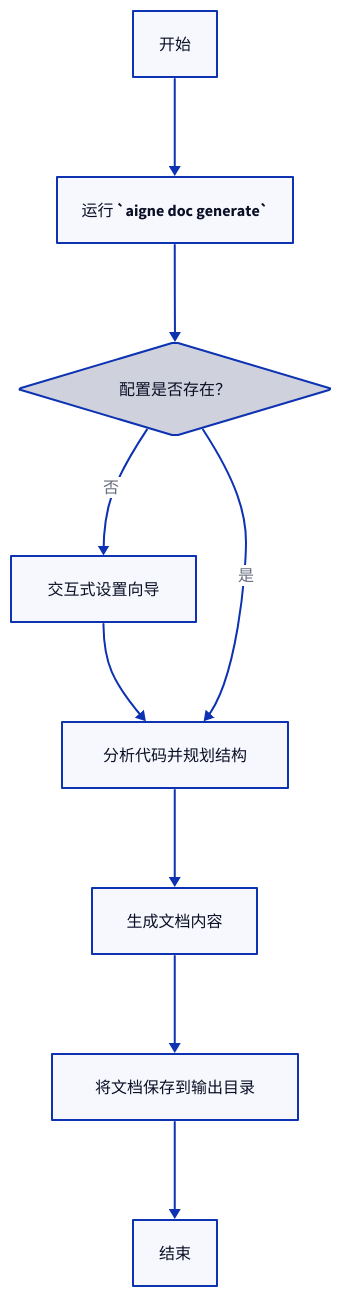
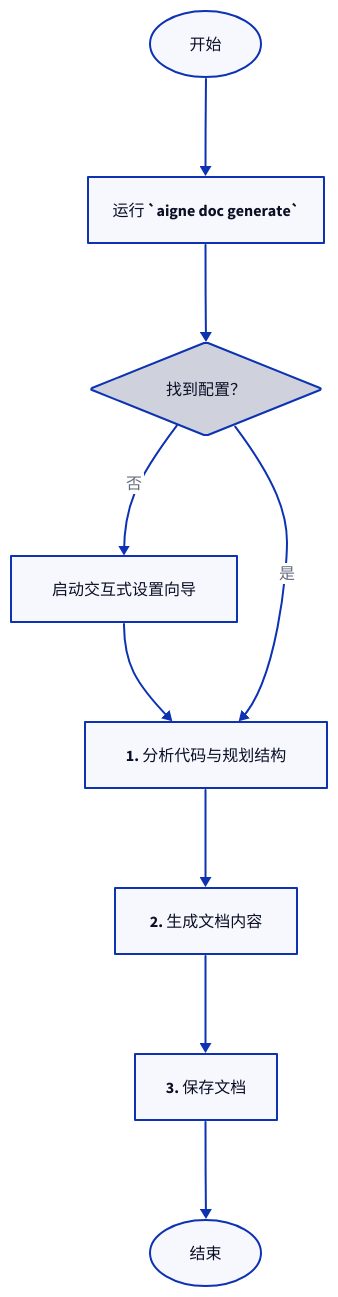
One commit to AIGNE-io/aigne-doc-smith changed the diagram in docs/features-generate-documentation.zh.md. Above: the diagram before and after it, drawn with D2. The commit also changed other lines of this file and 35 other files, not shown here.

````diff
--- a/docs/features-generate-documentation.zh.md
+++ b/docs/features-generate-documentation.zh.md
@@ -45,20 +45,44 @@
 ```d2
 direction: down
 
-start: "开始"
-run_cmd: "运行 `aigne doc generate`"
-check_config: "配置是否存在？" {
+start: "开始" {
+  shape: oval
+}
+
+run_cmd: "运行 `aigne doc generate`" {
+  shape: rectangle
+}
+
+check_config: "找到配置？" {
   shape: diamond
 }
-interactive_setup: "交互式设置向导"
-plan_structure: "分析代码并规划结构"
-gen_content: "生成文档内容"
-save_docs: "将文档保存到输出目录"
-end: "结束"
 
-start -> run_cmd -> check_config
+interactive_setup: "启动交互式设置向导" {
+  shape: rectangle
+}
+
+plan_structure: "1. 分析代码与规划结构" {
+  shape: rectangle
+}
+
+gen_content: "2. 生成文档内容" {
+  shape: rectangle
+}
+
+save_docs: "3. 保存文档" {
+  shape: rectangle
+}
+
+end: "结束" {
+  shape: oval
+}
+
+start -> run_cmd
+run_cmd -> check_config
 check_config -> interactive_setup: "否"
 interactive_setup -> plan_structure
 check_config -> plan_structure: "是"
-plan_structure -> gen_content -> save_docs -> end
+plan_structure -> gen_content
+gen_content -> save_docs
+save_docs -> end
 ```
````
